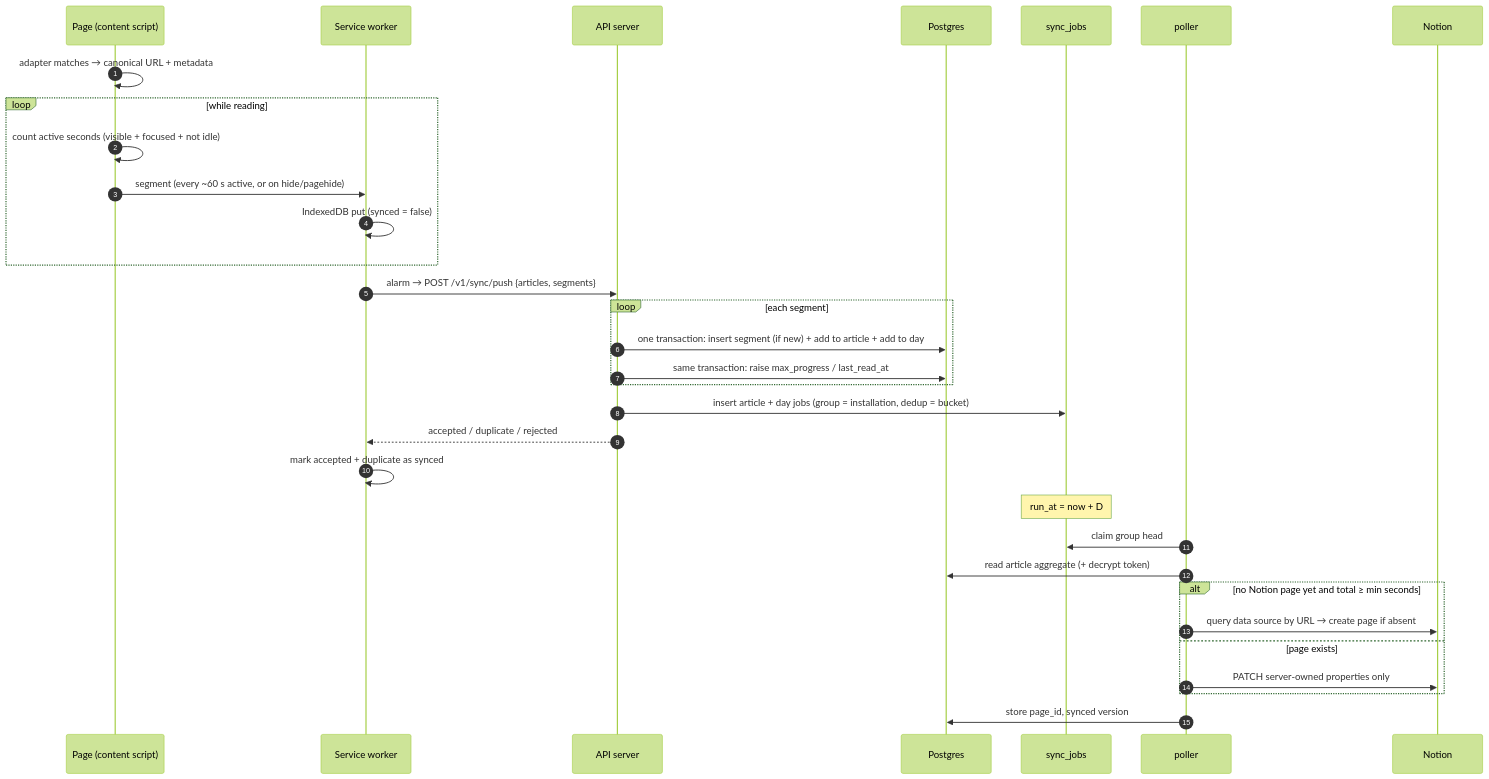
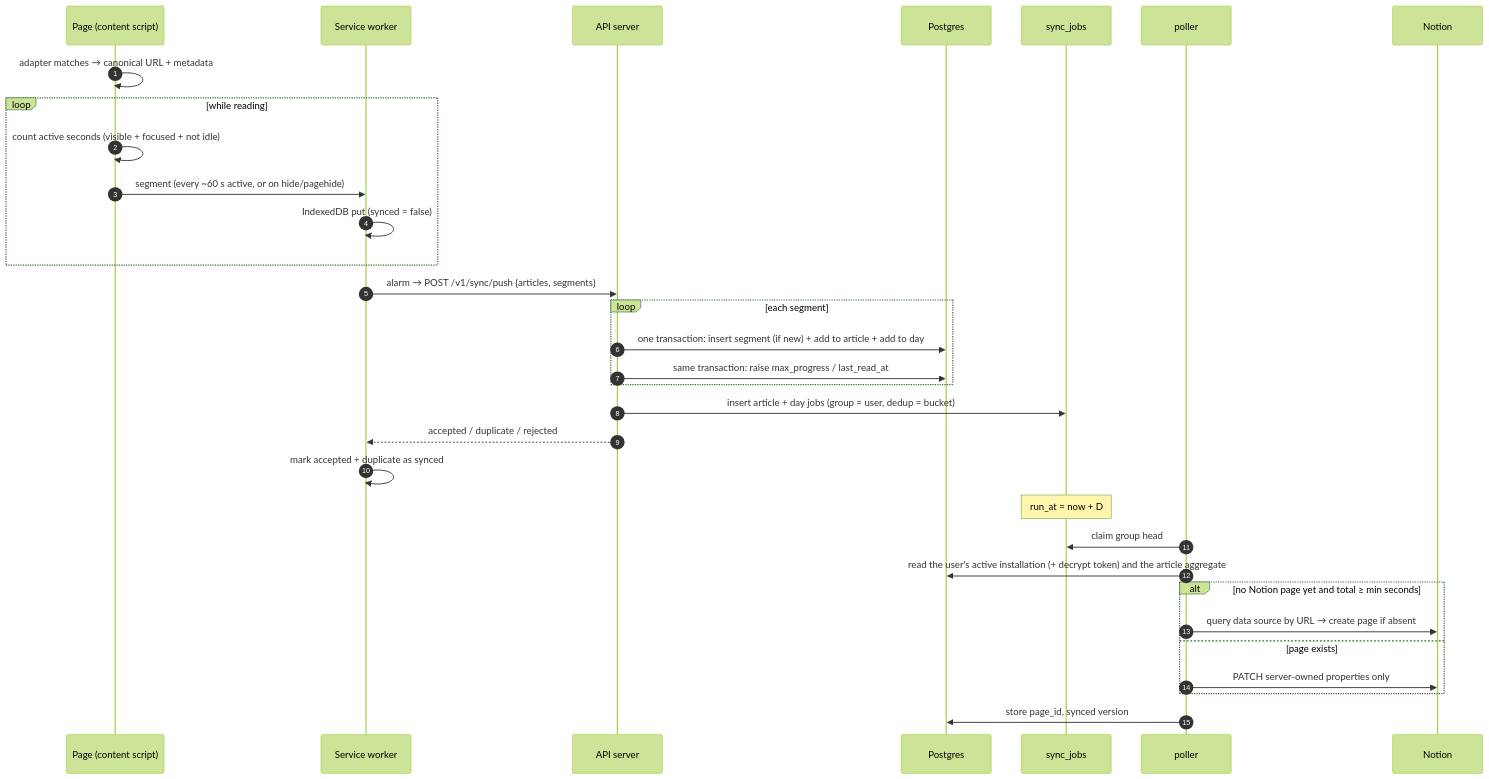
Before and after one commit to tuncloud/reading-chrome-extension: the third of 7 diagrams in docs/reading-tracker-onboarding.md, drawn with Mermaid (forest theme). The commit also changed other lines of this file and 3 other files, not shown here.

````diff
--- a/docs/reading-tracker-onboarding.md
+++ b/docs/reading-tracker-onboarding.md
@@ -231,35 +236,35 @@
 ```mermaid
 sequenceDiagram
     autonumber
     participant P as Page (content script)
     participant S as Service worker
     participant A as API server
     participant D as Postgres
     participant Q as sync_jobs
     participant W as poller
     participant N as Notion
 
     P->>P: adapter matches → canonical URL + metadata
     loop while reading
         P->>P: count active seconds (visible + focused + not idle)
         P->>S: segment (every ~60 s active, or on hide/pagehide)
         S->>S: IndexedDB put (synced = false)
     end
     S->>A: alarm → POST /v1/sync/push {articles, segments}
     loop each segment
         A->>D: one transaction: insert segment (if new) + add to article + add to day
         A->>D: same transaction: raise max_progress / last_read_at
     end
-    A->>Q: insert article + day jobs (group = installation, dedup = bucket)
+    A->>Q: insert article + day jobs (group = user, dedup = bucket)
     A-->>S: accepted / duplicate / rejected
     S->>S: mark accepted + duplicate as synced
     Note over Q: run_at = now + D
     W->>Q: claim group head
-    W->>D: read article aggregate (+ decrypt token)
+    W->>D: read the user's active installation (+ decrypt token) and the article aggregate
     alt no Notion page yet and total ≥ min seconds
         W->>N: query data source by URL → create page if absent
     else page exists
         W->>N: PATCH server-owned properties only
     end
     W->>D: store page_id, synced version
 ```
````
